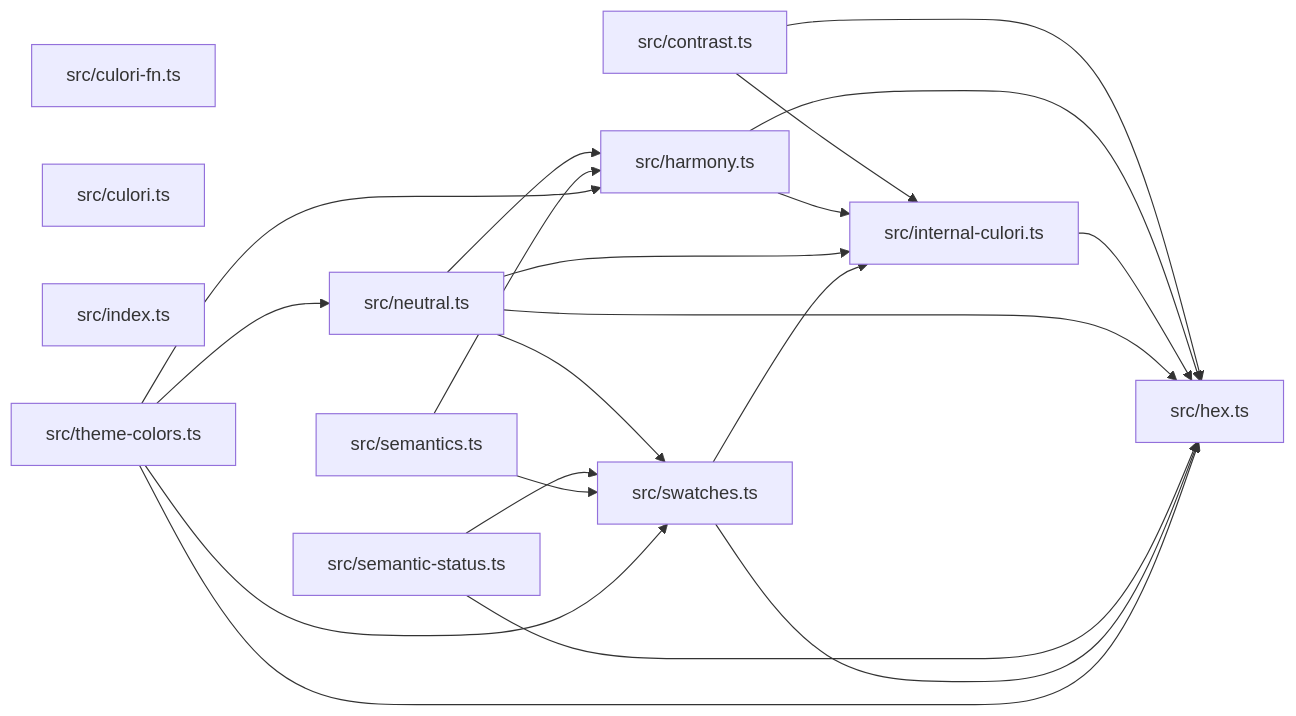
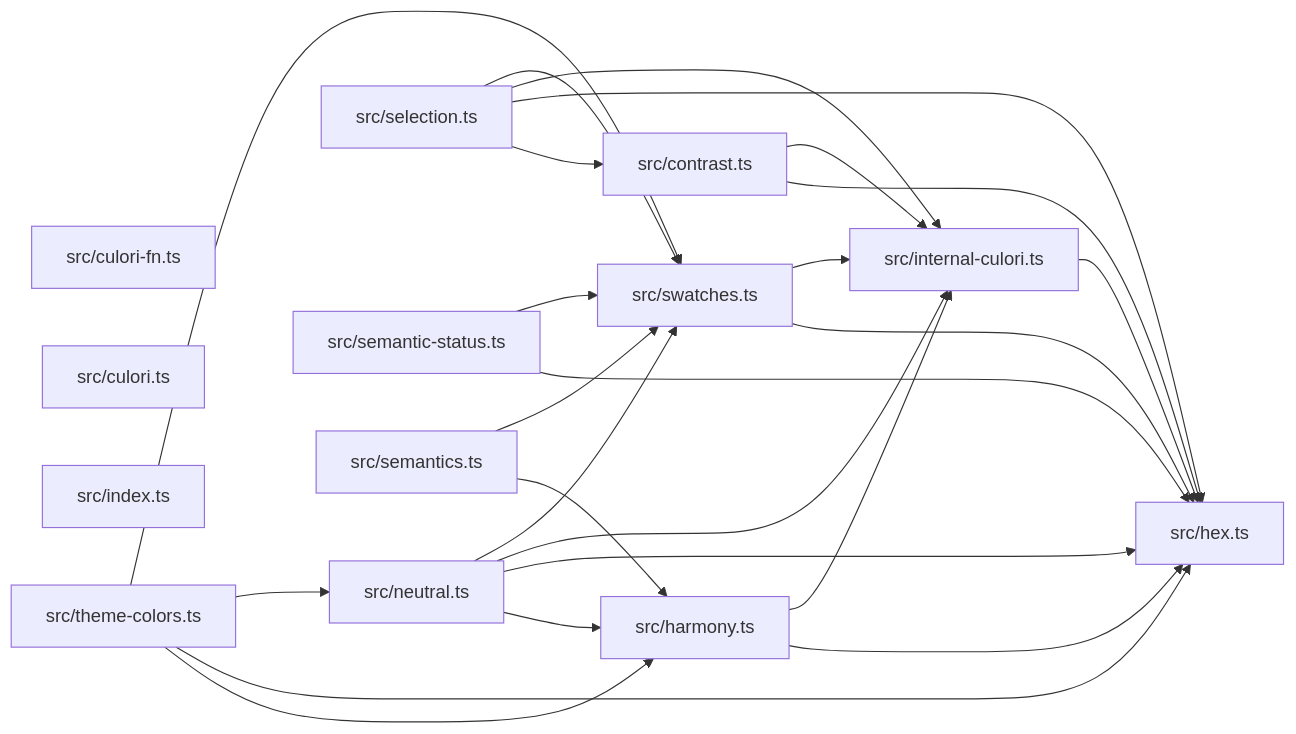
The diagram in paradox/diagrams/module-relationships.mmd (ankhorage/color-theory), drawn with Mermaid before and after one commit. The commit also changed 16 other files, not shown here.

```diff
--- a/paradox/diagrams/module-relationships.mmd
+++ b/paradox/diagrams/module-relationships.mmd
@@ -1,32 +1,37 @@
 graph LR
   module_src_contrast_ts["src/contrast.ts"]
   module_src_culori_fn_ts["src/culori-fn.ts"]
   module_src_culori_ts["src/culori.ts"]
   module_src_harmony_ts["src/harmony.ts"]
   module_src_hex_ts["src/hex.ts"]
   module_src_index_ts["src/index.ts"]
   module_src_internal_culori_ts["src/internal-culori.ts"]
   module_src_neutral_ts["src/neutral.ts"]
+  module_src_selection_ts["src/selection.ts"]
   module_src_semantic_status_ts["src/semantic-status.ts"]
   module_src_semantics_ts["src/semantics.ts"]
   module_src_swatches_ts["src/swatches.ts"]
   module_src_theme_colors_ts["src/theme-colors.ts"]
   module_src_contrast_ts --> module_src_hex_ts
   module_src_contrast_ts --> module_src_internal_culori_ts
   module_src_harmony_ts --> module_src_hex_ts
   module_src_harmony_ts --> module_src_internal_culori_ts
   module_src_internal_culori_ts --> module_src_hex_ts
   module_src_neutral_ts --> module_src_harmony_ts
   module_src_neutral_ts --> module_src_hex_ts
   module_src_neutral_ts --> module_src_internal_culori_ts
   module_src_neutral_ts --> module_src_swatches_ts
+  module_src_selection_ts --> module_src_contrast_ts
+  module_src_selection_ts --> module_src_hex_ts
+  module_src_selection_ts --> module_src_internal_culori_ts
+  module_src_selection_ts --> module_src_swatches_ts
   module_src_semantic_status_ts --> module_src_hex_ts
   module_src_semantic_status_ts --> module_src_swatches_ts
   module_src_semantics_ts --> module_src_harmony_ts
   module_src_semantics_ts --> module_src_swatches_ts
   module_src_swatches_ts --> module_src_hex_ts
   module_src_swatches_ts --> module_src_internal_culori_ts
   module_src_theme_colors_ts --> module_src_harmony_ts
   module_src_theme_colors_ts --> module_src_hex_ts
   module_src_theme_colors_ts --> module_src_neutral_ts
   module_src_theme_colors_ts --> module_src_swatches_ts
```
